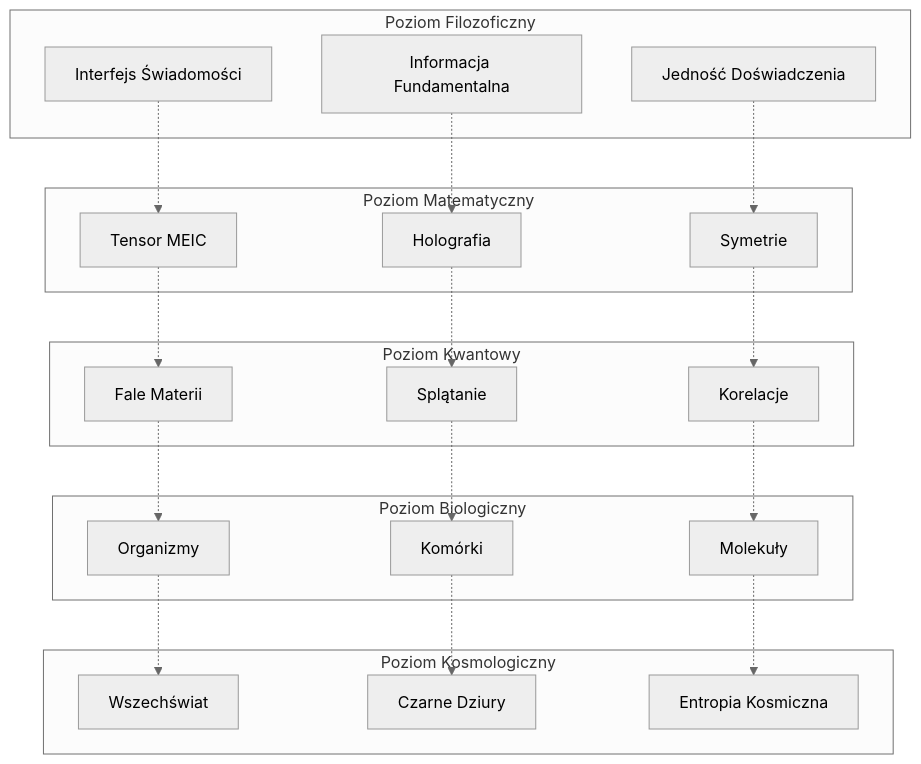
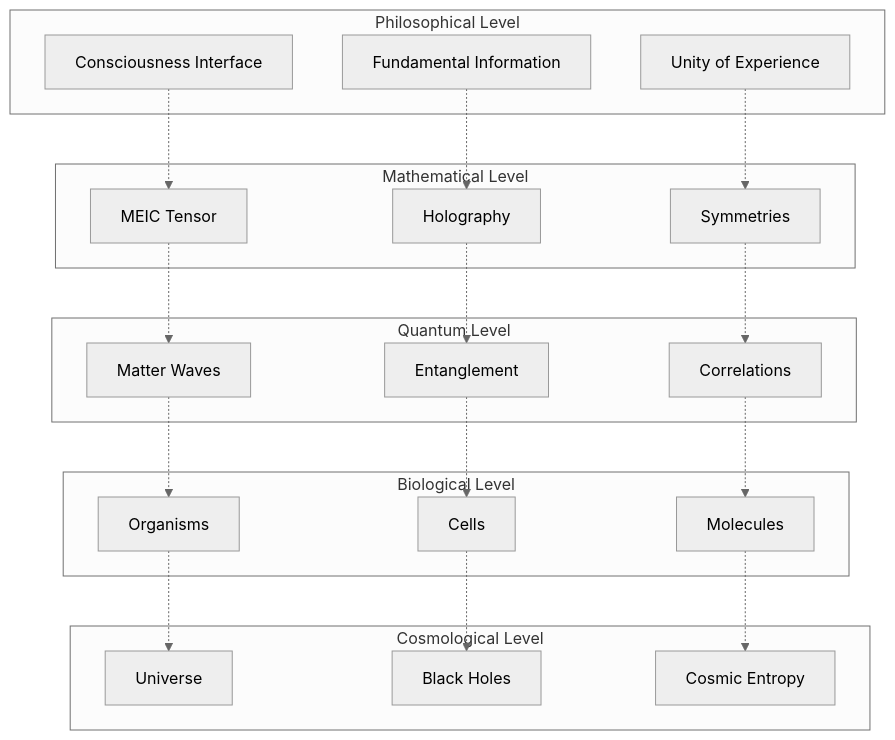
The seventh of 8 diagrams in theory/phase-4-interdisciplinary-integration/DIAGRAMS.md (piopio314/THEORY-OF-CONSCIOUS-INFORMATIONAL-DETERMINATION), drawn with Mermaid (neutral theme) before and after one commit. The commit also changed other lines of this file and 23 other files, not shown here.

````diff
--- a/theory/phase-4-interdisciplinary-integration/DIAGRAMS.md
+++ b/theory/phase-4-interdisciplinary-integration/DIAGRAMS.md
@@ -212,47 +212,47 @@
 ```mermaid
 graph TD
-    subgraph "Poziom Kosmologiczny"
-        C1[Wszechświat]
-        C2[Czarne Dziury]
-        C3[Entropia Kosmiczna]
+    subgraph "Cosmological Level"
+        C1[Universe]
+        C2[Black Holes]
+        C3[Cosmic Entropy]
     end
     
-    subgraph "Poziom Biologiczny"
-        B1[Organizmy]
-        B2[Komórki]
-        B3[Molekuły]
+    subgraph "Biological Level"
+        B1[Organisms]
+        B2[Cells]
+        B3[Molecules]
     end
     
-    subgraph "Poziom Kwantowy"
-        Q1[Fale Materii]
-        Q2[Splątanie]
-        Q3[Korelacje]
+    subgraph "Quantum Level"
+        Q1[Matter Waves]
+        Q2[Entanglement]
+        Q3[Correlations]
     end
     
-    subgraph "Poziom Matematyczny"
-        M1[Tensor MEIC]
-        M2[Holografia]
-        M3[Symetrie]
+    subgraph "Mathematical Level"
+        M1[MEIC Tensor]
+        M2[Holography]
+        M3[Symmetries]
     end
     
-    subgraph "Poziom Filozoficzny"
-        P1[Interfejs Świadomości]
-        P2[Informacja Fundamentalna]
-        P3[Jedność Doświadczenia]
+    subgraph "Philosophical Level"
+        P1[Consciousness Interface]
+        P2[Fundamental Information]
+        P3[Unity of Experience]
     end
     
     P1 -.-> M1
     M1 -.-> Q1
     Q1 -.-> B1
     B1 -.-> C1
     
     P2 -.-> M2
     M2 -.-> Q2
     Q2 -.-> B2
     B2 -.-> C2
     
     P3 -.-> M3
     M3 -.-> Q3
     Q3 -.-> B3
     B3 -.-> C3
 ```
````
